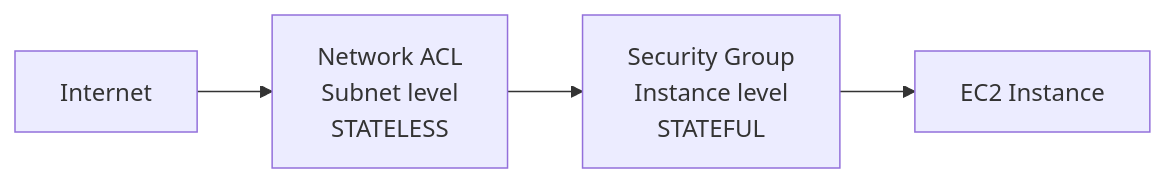
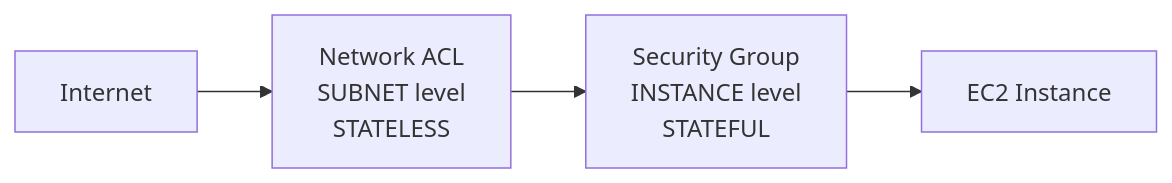
One commit to vijayclarion/architecturestudy changed the second of 2 diagrams in AWS-SAP-C02-Study-Notes/02-Networking/01-vpc-fundamentals.md. Above: the diagram before and after it, drawn with Mermaid. The commit also changed other lines of this file and 119 other files, not shown here.

````diff
--- a/AWS-SAP-C02-Study-Notes/02-Networking/01-vpc-fundamentals.md
+++ b/AWS-SAP-C02-Study-Notes/02-Networking/01-vpc-fundamentals.md
@@ -79,6 +143,6 @@
 ```mermaid
 flowchart LR
-    Internet --> NACL[Network ACL<br/>Subnet level<br/>STATELESS]
-    NACL --> SG[Security Group<br/>Instance level<br/>STATEFUL]
+    Internet --> NACL[Network ACL<br/>SUBNET level<br/>STATELESS]
+    NACL --> SG[Security Group<br/>INSTANCE level<br/>STATEFUL]
     SG --> EC2[EC2 Instance]
 ```
````
